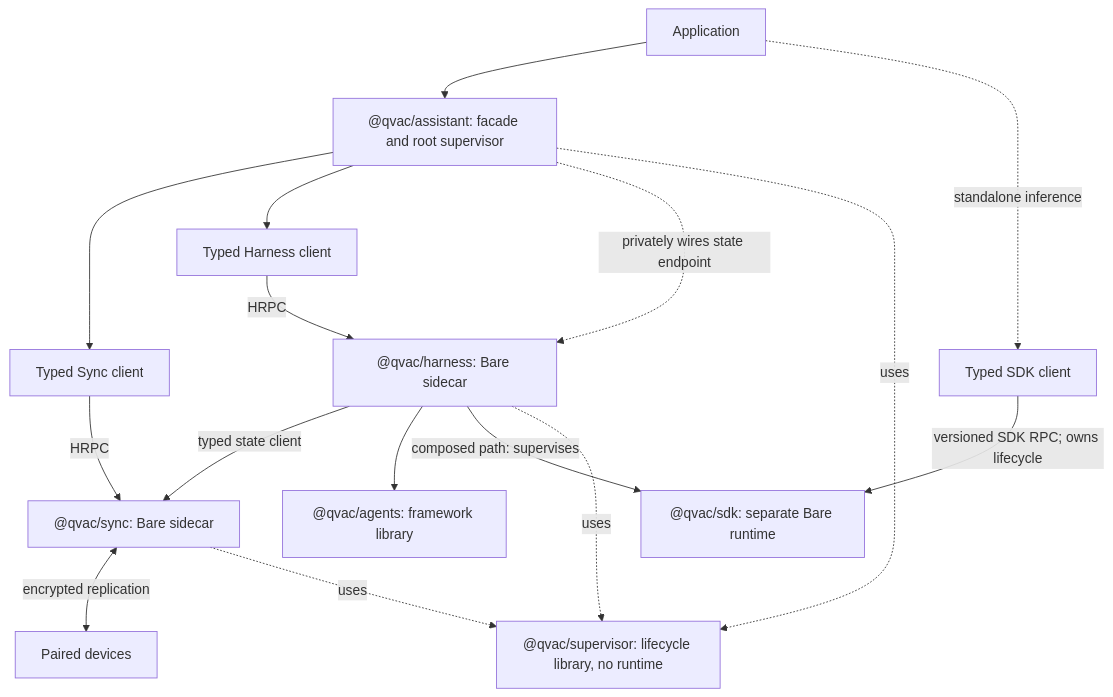
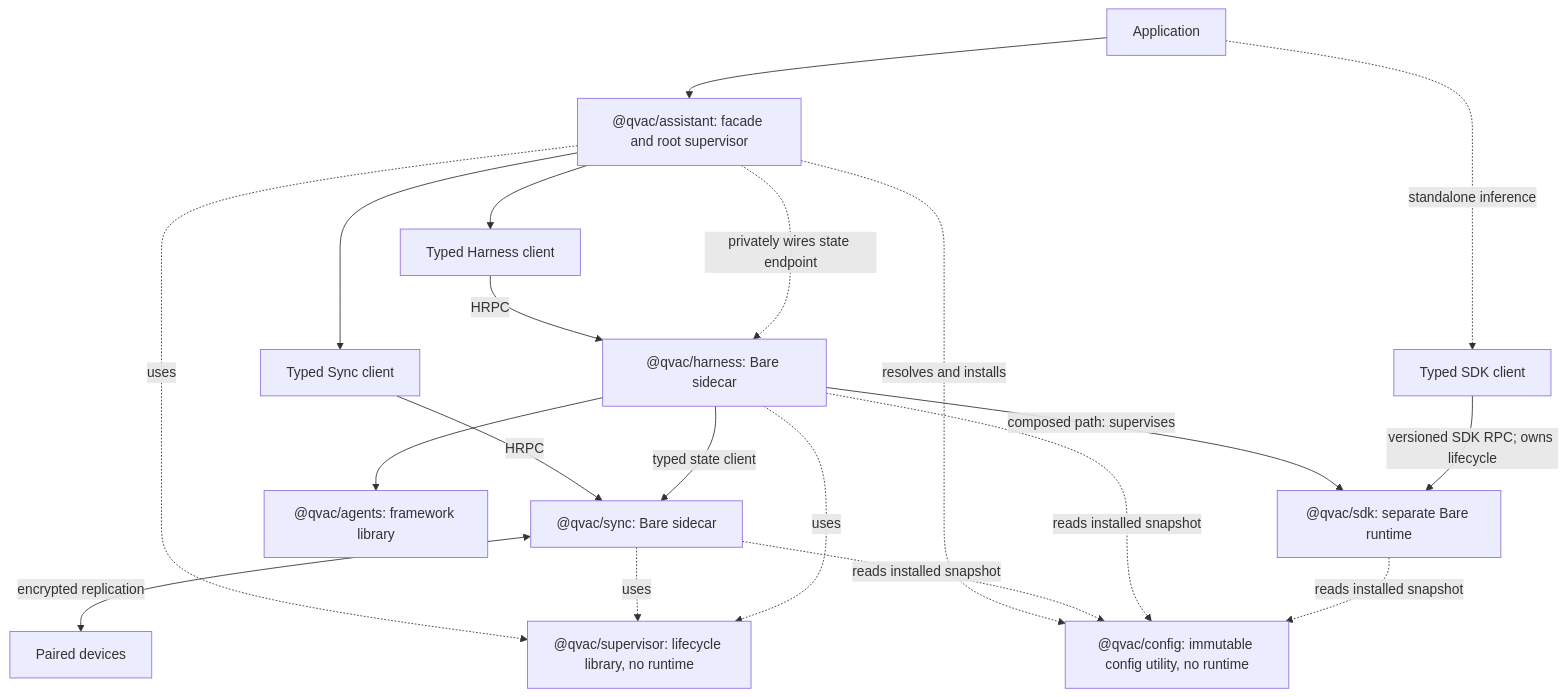
Before and after one commit to tetherto/qvac: the diagram in pocs/composable-agent-runtime/docs/arch/qip/agentic-sdk-p2p-layering.md, drawn with Mermaid. The commit also changed other lines of this file and 60 other files, not shown here.

Commit message:
feat: add immutable runtime config to poc

````diff
--- a/pocs/composable-agent-runtime/docs/arch/qip/agentic-sdk-p2p-layering.md
+++ b/pocs/composable-agent-runtime/docs/arch/qip/agentic-sdk-p2p-layering.md
@@ -46,30 +50,35 @@
 ```mermaid
 flowchart TB
   app["Application"]
   assistant["@qvac/assistant: facade and root supervisor"]
   syncClient["Typed Sync client"]
   harnessClient["Typed Harness client"]
   syncSidecar["@qvac/sync: Bare sidecar"]
   harnessSidecar["@qvac/harness: Bare sidecar"]
   agents["@qvac/agents: framework library"]
   sdkClient["Typed SDK client"]
   sdkRuntime["@qvac/sdk: separate Bare runtime"]
   supervisor["@qvac/supervisor: lifecycle library, no runtime"]
+  config["@qvac/config: immutable config utility, no runtime"]
   peers["Paired devices"]
 
   app --> assistant
   assistant --> syncClient
   assistant --> harnessClient
   syncClient -->|"HRPC"| syncSidecar
   harnessClient -->|"HRPC"| harnessSidecar
   assistant -.->|"privately wires state endpoint"| harnessSidecar
   harnessSidecar -->|"typed state client"| syncSidecar
   harnessSidecar --> agents
   harnessSidecar -->|"composed path: supervises"| sdkRuntime
   app -.->|"standalone inference"| sdkClient
   sdkClient -->|"versioned SDK RPC; owns lifecycle"| sdkRuntime
   syncSidecar <-->|"encrypted replication"| peers
   assistant -.->|"uses"| supervisor
   syncSidecar -.->|"uses"| supervisor
   harnessSidecar -.->|"uses"| supervisor
+  assistant -.->|"resolves and installs"| config
+  syncSidecar -.->|"reads installed snapshot"| config
+  harnessSidecar -.->|"reads installed snapshot"| config
+  sdkRuntime -.->|"reads installed snapshot"| config
 ```
````
